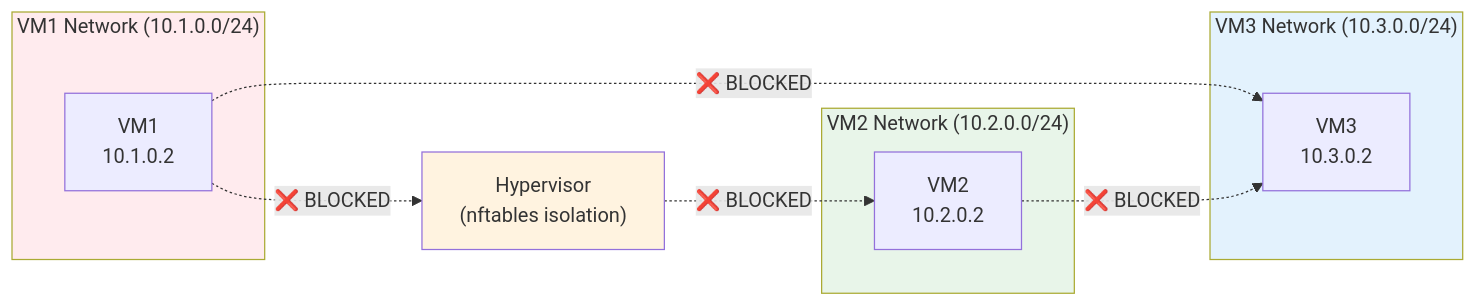
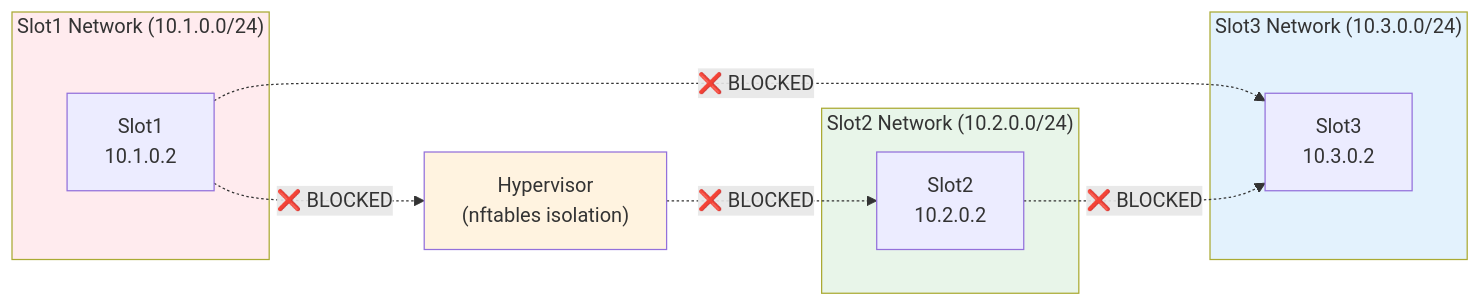
Before and after one commit to r33drichards/simple-microvm-infra: diagram 11 of 15 in NETWORK-TOPOLOGY.md, drawn with Mermaid. The commit also changed other lines of this file and 3 other files, not shown here.

First line of the commit message:
Update documentation for portable state architecture

````diff
--- a/NETWORK-TOPOLOGY.md
+++ b/NETWORK-TOPOLOGY.md
@@ -617,26 +618,26 @@
 ```mermaid
 graph LR
-    subgraph VM1_Net["VM1 Network (10.1.0.0/24)"]
-        VM1["VM1<br/>10.1.0.2"]
+    subgraph Slot1_Net["Slot1 Network (10.1.0.0/24)"]
+        Slot1["Slot1<br/>10.1.0.2"]
     end
 
-    subgraph VM2_Net["VM2 Network (10.2.0.0/24)"]
-        VM2["VM2<br/>10.2.0.2"]
+    subgraph Slot2_Net["Slot2 Network (10.2.0.0/24)"]
+        Slot2["Slot2<br/>10.2.0.2"]
     end
 
-    subgraph VM3_Net["VM3 Network (10.3.0.0/24)"]
-        VM3["VM3<br/>10.3.0.2"]
+    subgraph Slot3_Net["Slot3 Network (10.3.0.0/24)"]
+        Slot3["Slot3<br/>10.3.0.2"]
     end
 
     Hypervisor["Hypervisor<br/>(nftables isolation)"]
 
-    VM1 -.->|"❌ BLOCKED"| Hypervisor
-    Hypervisor -.->|"❌ BLOCKED"| VM2
-    VM1 -.->|"❌ BLOCKED"| VM3
-    VM2 -.->|"❌ BLOCKED"| VM3
+    Slot1 -.->|"❌ BLOCKED"| Hypervisor
+    Hypervisor -.->|"❌ BLOCKED"| Slot2
+    Slot1 -.->|"❌ BLOCKED"| Slot3
+    Slot2 -.->|"❌ BLOCKED"| Slot3
 
-    style VM1_Net fill:#ffebee
-    style VM2_Net fill:#e8f5e9
-    style VM3_Net fill:#e3f2fd
+    style Slot1_Net fill:#ffebee
+    style Slot2_Net fill:#e8f5e9
+    style Slot3_Net fill:#e3f2fd
     style Hypervisor fill:#fff3e0
 ```
````
